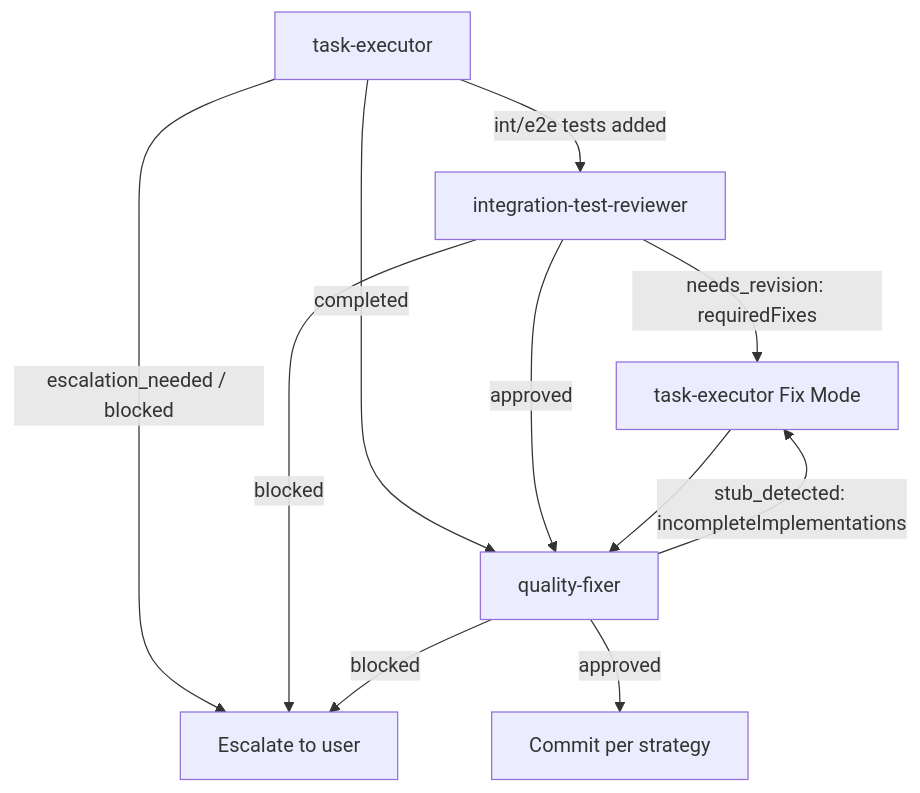
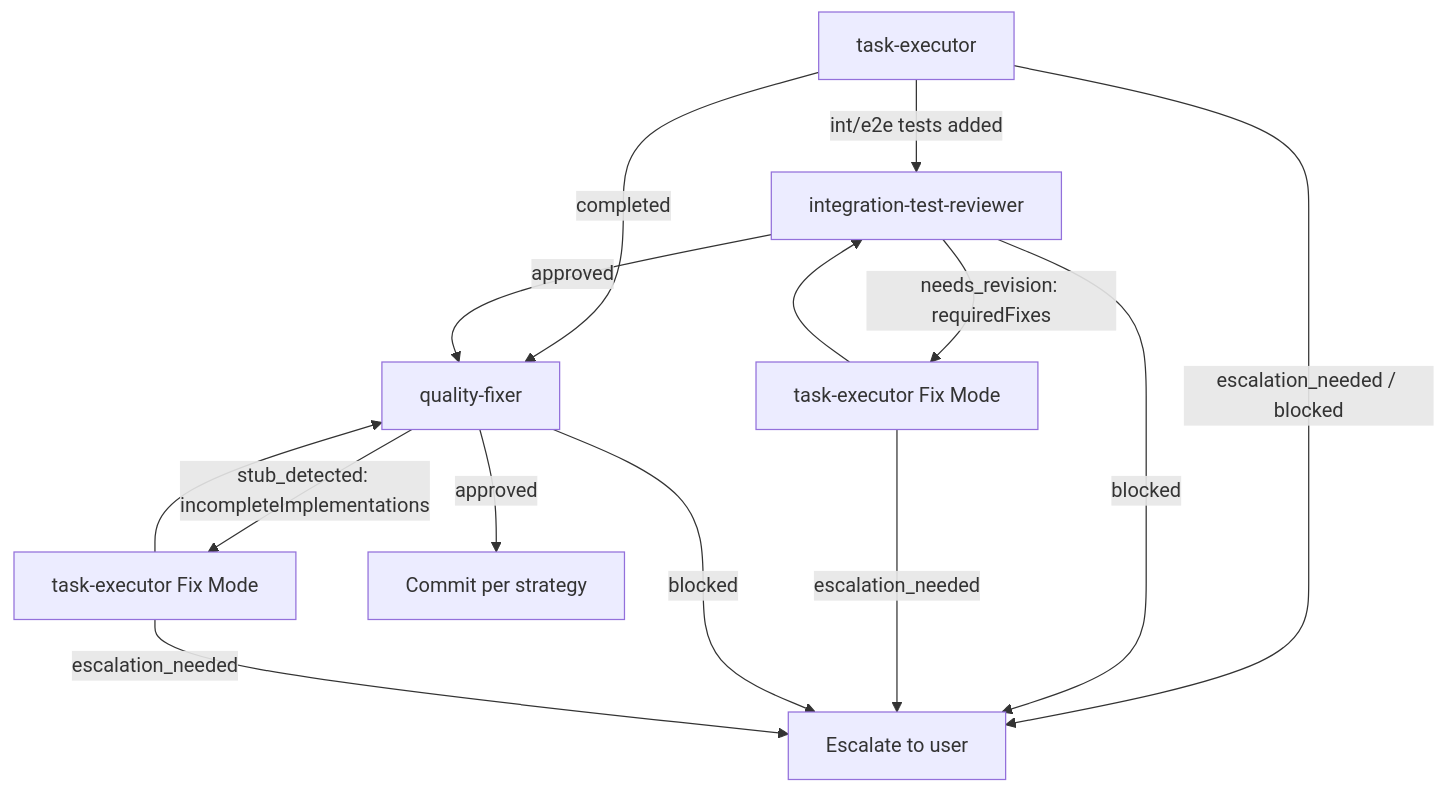
Before and after one commit to tundraray/overture: the first of 2 diagrams in skills/workflow-execution/SKILL.md, drawn with Mermaid. The commit also changed other lines of this file and 30 other files, not shown here.

````diff
--- a/skills/workflow-execution/SKILL.md
+++ b/skills/workflow-execution/SKILL.md
@@ -117,13 +117,16 @@
 ```mermaid
 flowchart TD
     TE[task-executor] -->|escalation_needed / blocked| U[Escalate to user]
     TE -->|int/e2e tests added| ITR[integration-test-reviewer]
     TE -->|completed| QF[quality-fixer]
-    ITR -->|needs_revision: requiredFixes| FIX[task-executor Fix Mode]
+    ITR -->|needs_revision: requiredFixes| FIX_ITR[task-executor Fix Mode]
     ITR -->|blocked| U
     ITR -->|approved| QF
-    QF -->|stub_detected: incompleteImplementations| FIX
+    FIX_ITR --> ITR
+    FIX_ITR -->|escalation_needed| U
+    QF -->|stub_detected: incompleteImplementations| FIX_QF[task-executor Fix Mode]
     QF -->|blocked| U
     QF -->|approved| C[Commit per strategy]
-    FIX --> QF
+    FIX_QF --> QF
+    FIX_QF -->|escalation_needed| U
 ```
````
